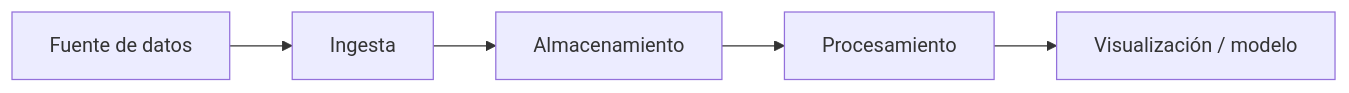
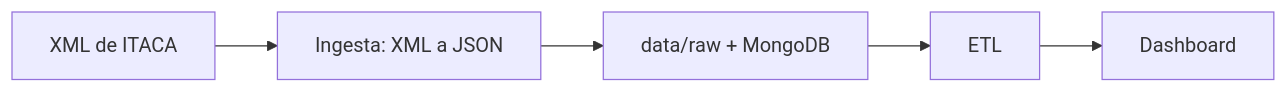
The diagram in README.md (Sidik54321/bigdata-p1-itaca), drawn with Mermaid before and after one commit. The commit also changed other lines of this file and 27 other files, not shown here.

Commit message:
Creacion SCRIPT ingesta de datos. y modificacion README

````diff
--- a/README.md
+++ b/README.md
@@ -15,7 +9,7 @@
 ```mermaid
 graph LR
-    A[Fuente de datos] --> B[Ingesta]
-    B --> C[Almacenamiento]
-    C --> D[Procesamiento]
-    D --> E[Visualización / modelo]
+    A[XML de ITACA] --> B[Ingesta: XML a JSON]
+    B --> C[data/raw + MongoDB]
+    C --> D[ETL]
+    D --> E[Dashboard]
 ```
````
